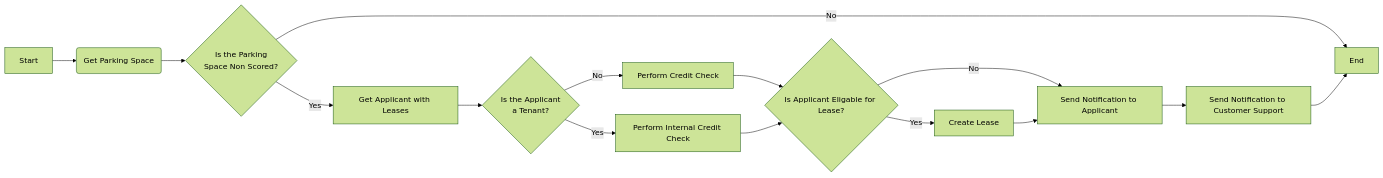
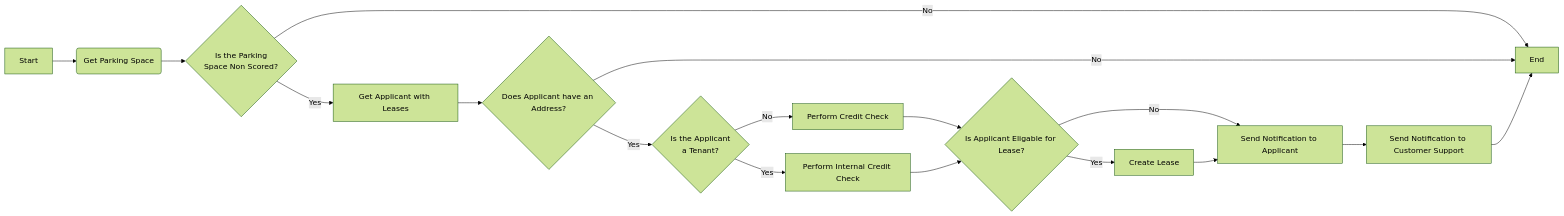
The first of 2 diagrams in core/src/processes/parkingspaces/external/DOCS_Create_Lease_for_None_Scored_Parking_Space.md (Bostads-AB-Mimer/onecore), drawn with Mermaid (forest theme) before and after one commit. The commit also changed other lines of this file and 3 other files, not shown here.

Commit message:
Fix 1517: Create Lease for Applicant without Address (#84)

````diff
--- a/core/src/processes/parkingspaces/external/DOCS_Create_Lease_for_None_Scored_Parking_Space.md
+++ b/core/src/processes/parkingspaces/external/DOCS_Create_Lease_for_None_Scored_Parking_Space.md
@@ -5,17 +5,19 @@
 ```mermaid
 flowchart LR
 A[Start] -->B(Get Parking Space)
 B --> C{Is the Parking<br/>Space Non Scored?}
 C --> |No| O[End]
 C --> |Yes| D[Get Applicant with Leases]
-D --> F{Is the Applicant<br/>a Tenant?}
+D --> Q{Does Applicant have an Address?}
+Q --> |Yes| F{Is the Applicant<br/>a Tenant?}
+Q --> |No| O
 F --> |No| L[Perform Credit Check]
 L --> I
 F --> |Yes| H[Perform Internal Credit Check]
 H --> I{Is Applicant Eligable for Lease?}
 I --> |Yes| J[Create Lease]
 I --> |No| M[Send Notification to Applicant]
 M --> N[Send Notification to Customer Support]
 J --> M
 N --> O
 ```
````
